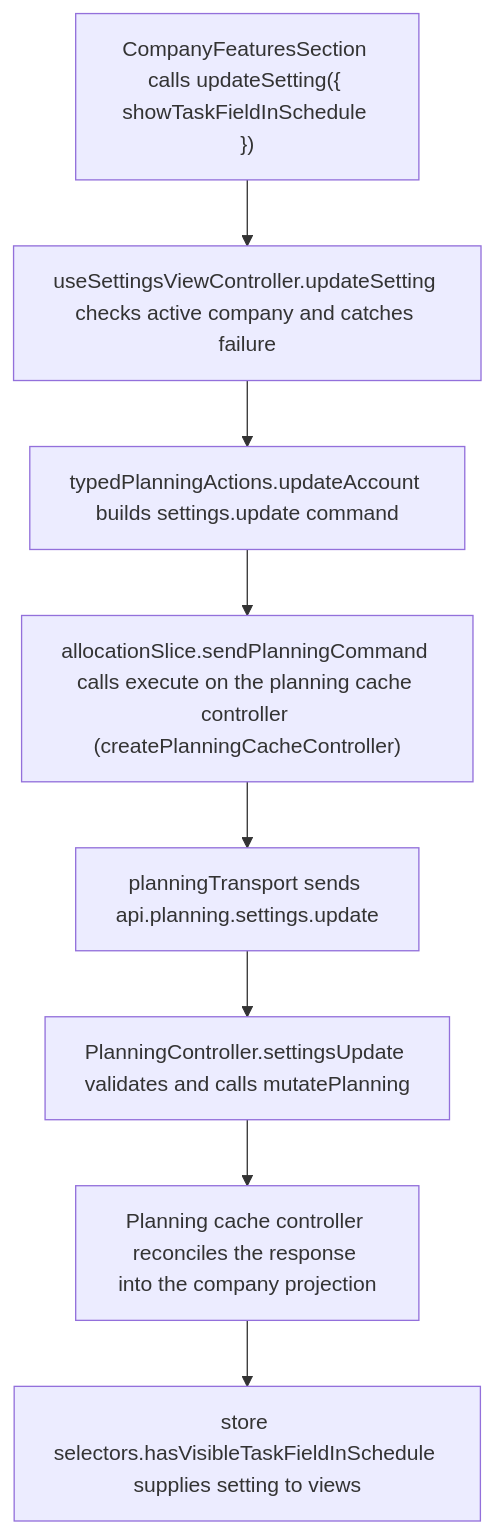
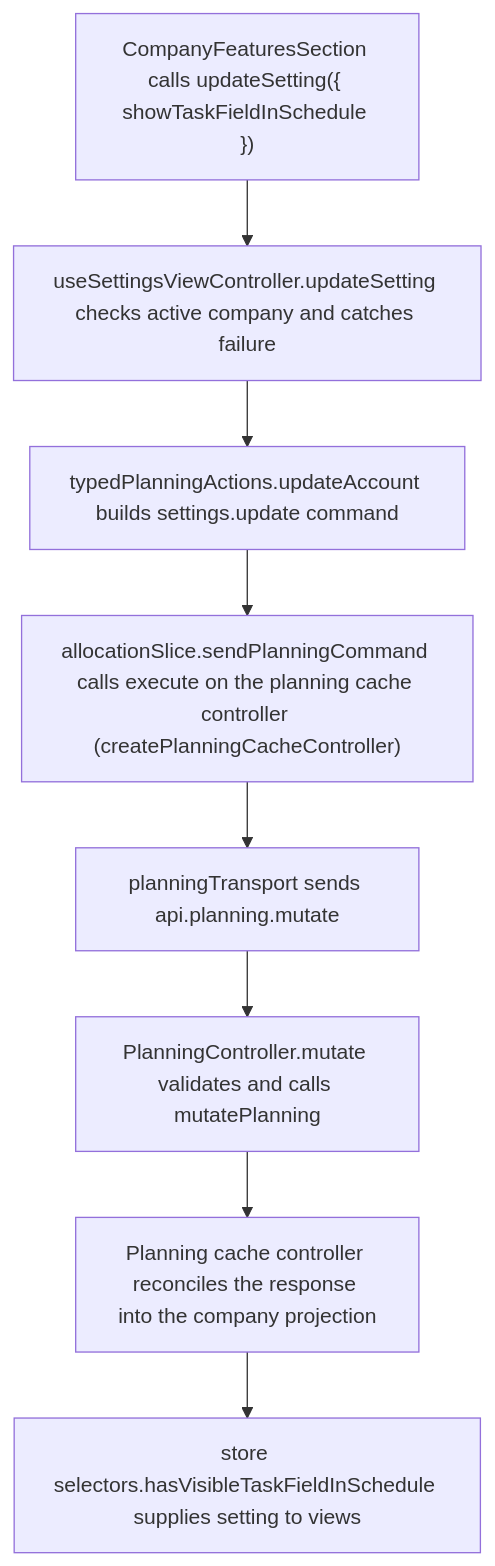
Before and after one commit to Kevinjohn/capacitylens: the second of 2 diagrams in user-stories/settings/US-SET-24-task-field.md, drawn with Mermaid. The commit also changed 115 other files, not shown here.

First line of the commit message:
refactor!: collapse the planning mutation routes into one route

````diff
--- a/user-stories/settings/US-SET-24-task-field.md
+++ b/user-stories/settings/US-SET-24-task-field.md
@@ -29,10 +29,10 @@
 ```mermaid
 flowchart TD
   control["CompanyFeaturesSection calls updateSetting({ showTaskFieldInSchedule })"] --> view["useSettingsViewController.updateSetting checks active company and catches failure"]
   view --> action["typedPlanningActions.updateAccount builds settings.update command"]
   action --> execute["allocationSlice.sendPlanningCommand calls execute on the planning cache controller (createPlanningCacheController)"]
-  execute --> transport["planningTransport sends api.planning.settings.update"]
-  transport --> route["PlanningController.settingsUpdate validates and calls mutatePlanning"]
+  execute --> transport["planningTransport sends api.planning.mutate"]
+  transport --> route["PlanningController.mutate validates and calls mutatePlanning"]
   route --> reply["Planning cache controller reconciles the response into the company projection"]
   reply --> read["store selectors.hasVisibleTaskFieldInSchedule supplies setting to views"]
 ```
````
